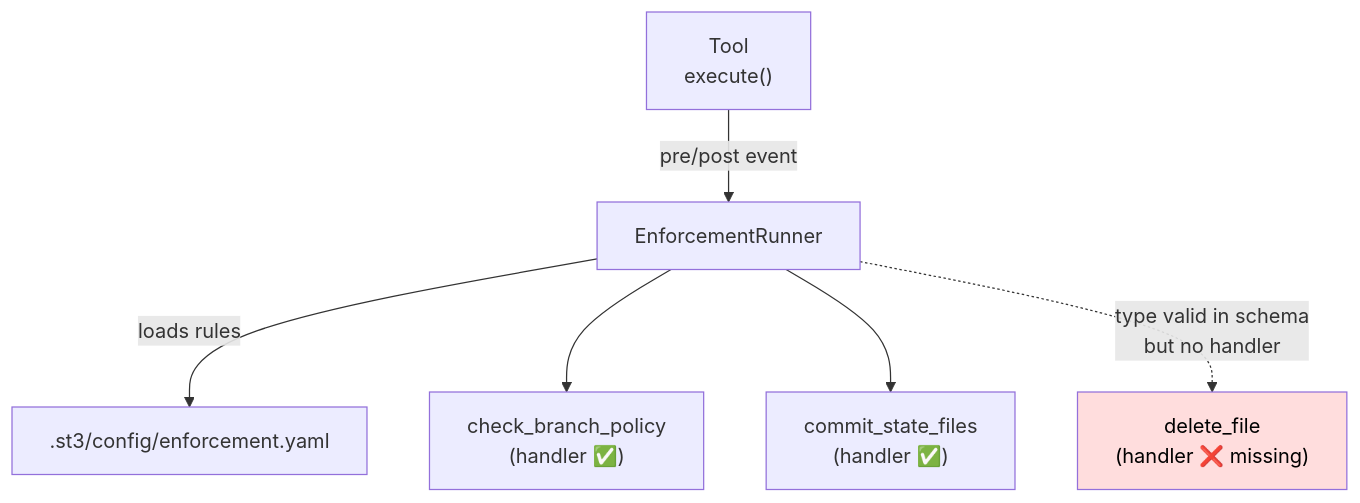
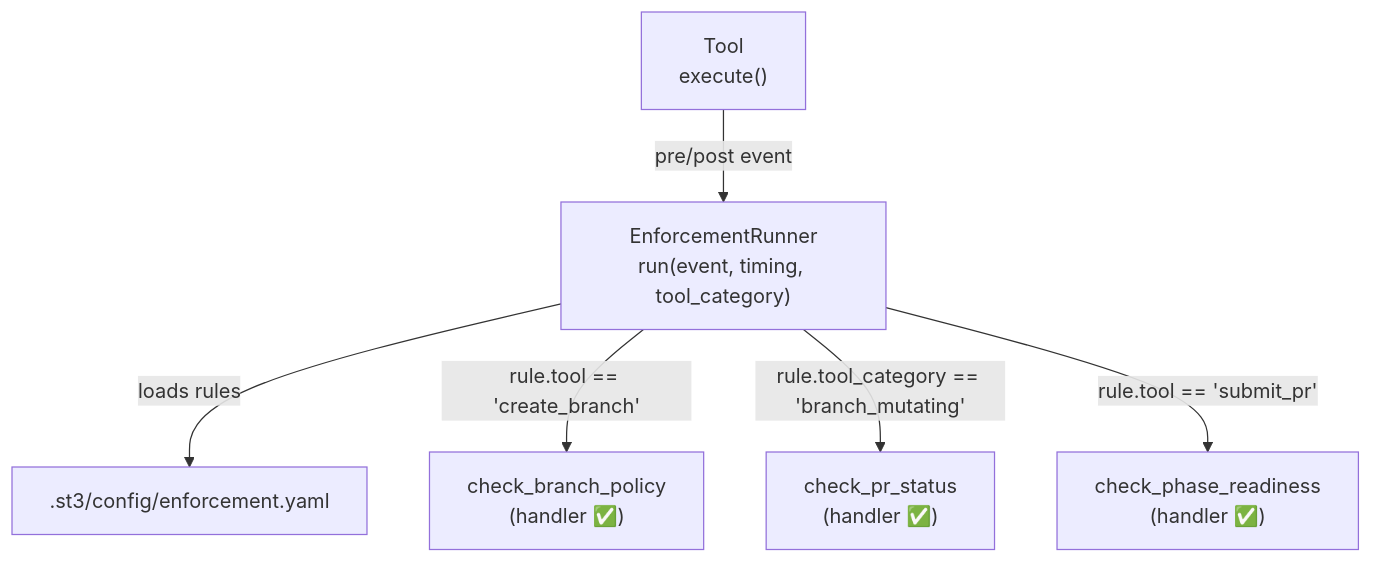
One commit to MikeyVK/S1mpleTraderV3 changed the first of 4 diagrams in docs/mcp_server/architectural_diagrams/04_enforcement_layer.md. Above: the diagram before and after it, drawn with Mermaid. The commit also changed other lines of this file and 6 other files, not shown here.

Commit message:
docs(P_DOCUMENTATION): docs: update PR creation docs for submit_pr atomic flow and enforcement layer revision (issue #283)

````diff
--- a/docs/mcp_server/architectural_diagrams/04_enforcement_layer.md
+++ b/docs/mcp_server/architectural_diagrams/04_enforcement_layer.md
@@ -31,17 +33,15 @@
 ```mermaid
 graph TD
     Tool["Tool<br/>execute()"]
-    ER["EnforcementRunner"]
+    ER["EnforcementRunner<br/>run(event, timing, tool_category)"]
     YAML[".st3/config/enforcement.yaml"]
     CBP["check_branch_policy<br/>(handler ✅)"]
-    CSF["commit_state_files<br/>(handler ✅)"]
-    DF["delete_file<br/>(handler ❌ missing)"]
+    CPS["check_pr_status<br/>(handler ✅)"]
+    CPR["check_phase_readiness<br/>(handler ✅)"]
 
     Tool -->|"pre/post event"| ER
     ER -->|"loads rules"| YAML
-    ER --> CBP
-    ER --> CSF
-    ER -.->|"type valid in schema<br/>but no handler"| DF
-
-    style DF fill:#fdd,color:#000
+    ER -->|"rule.tool == 'create_branch'"| CBP
+    ER -->|"rule.tool_category == 'branch_mutating'"| CPS
+    ER -->|"rule.tool == 'submit_pr'"| CPR
 ```
````
